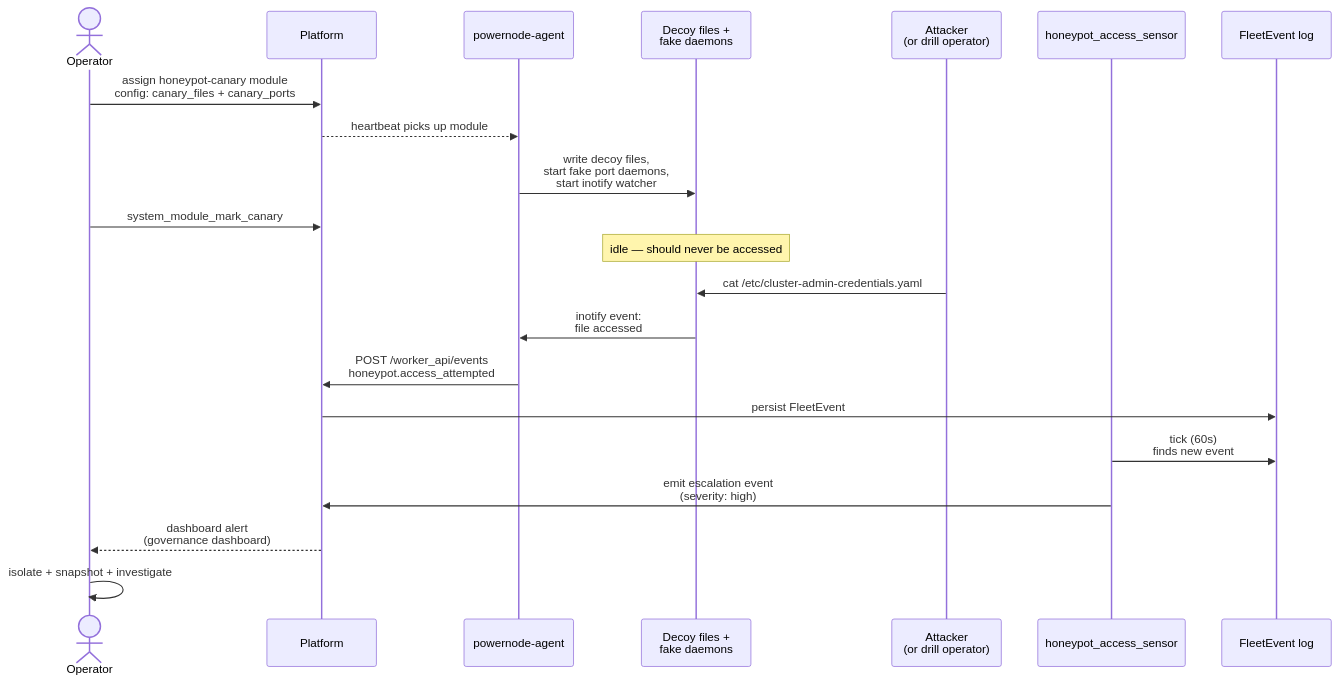
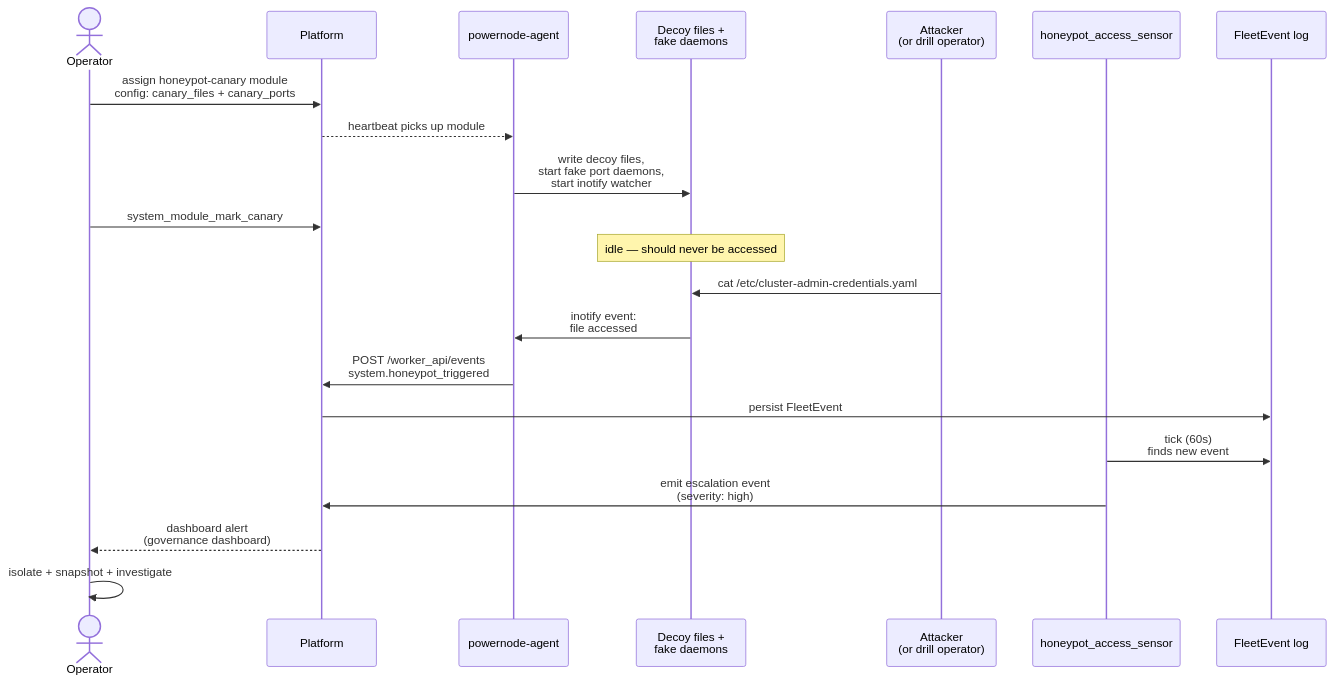
The diagram in docs/tutorials/09-honeypot-canary.md (nodealchemy/powernode-system), drawn with Mermaid before and after one commit. The commit also changed other lines of this file and 8 other files, not shown here.

````diff
--- a/docs/tutorials/09-honeypot-canary.md
+++ b/docs/tutorials/09-honeypot-canary.md
@@ -21,25 +54,25 @@
 ```mermaid
 sequenceDiagram
     actor Op as Operator
     participant Plat as Platform
     participant Agent as powernode-agent
     participant FS as Decoy files +<br/>fake daemons
     participant Atk as Attacker<br/>(or drill operator)
     participant Sensor as honeypot_access_sensor
     participant FE as FleetEvent log
 
     Op->>Plat: assign honeypot-canary module<br/>config: canary_files + canary_ports
     Plat-->>Agent: heartbeat picks up module
     Agent->>FS: write decoy files,<br/>start fake port daemons,<br/>start inotify watcher
     Op->>Plat: system_module_mark_canary
     Note over FS: idle — should never be accessed
 
     Atk->>FS: cat /etc/cluster-admin-credentials.yaml
     FS->>Agent: inotify event:<br/>file accessed
-    Agent->>Plat: POST /worker_api/events<br/>honeypot.access_attempted
+    Agent->>Plat: POST /worker_api/events<br/>system.honeypot_triggered
     Plat->>FE: persist FleetEvent
     Sensor->>FE: tick (60s)<br/>finds new event
     Sensor->>Plat: emit escalation event<br/>(severity: high)
     Plat-->>Op: dashboard alert<br/>(governance dashboard)
     Op->>Op: isolate + snapshot + investigate
 ```
````
